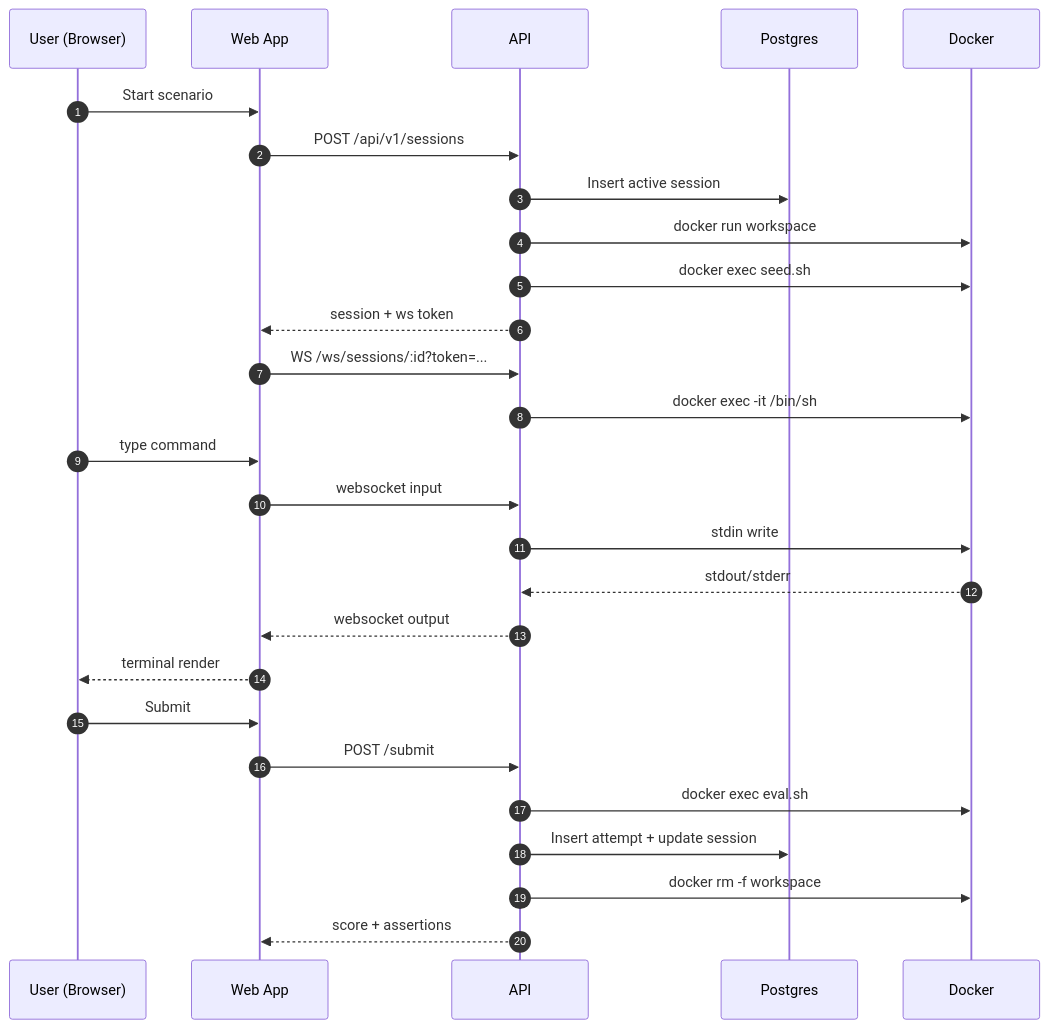
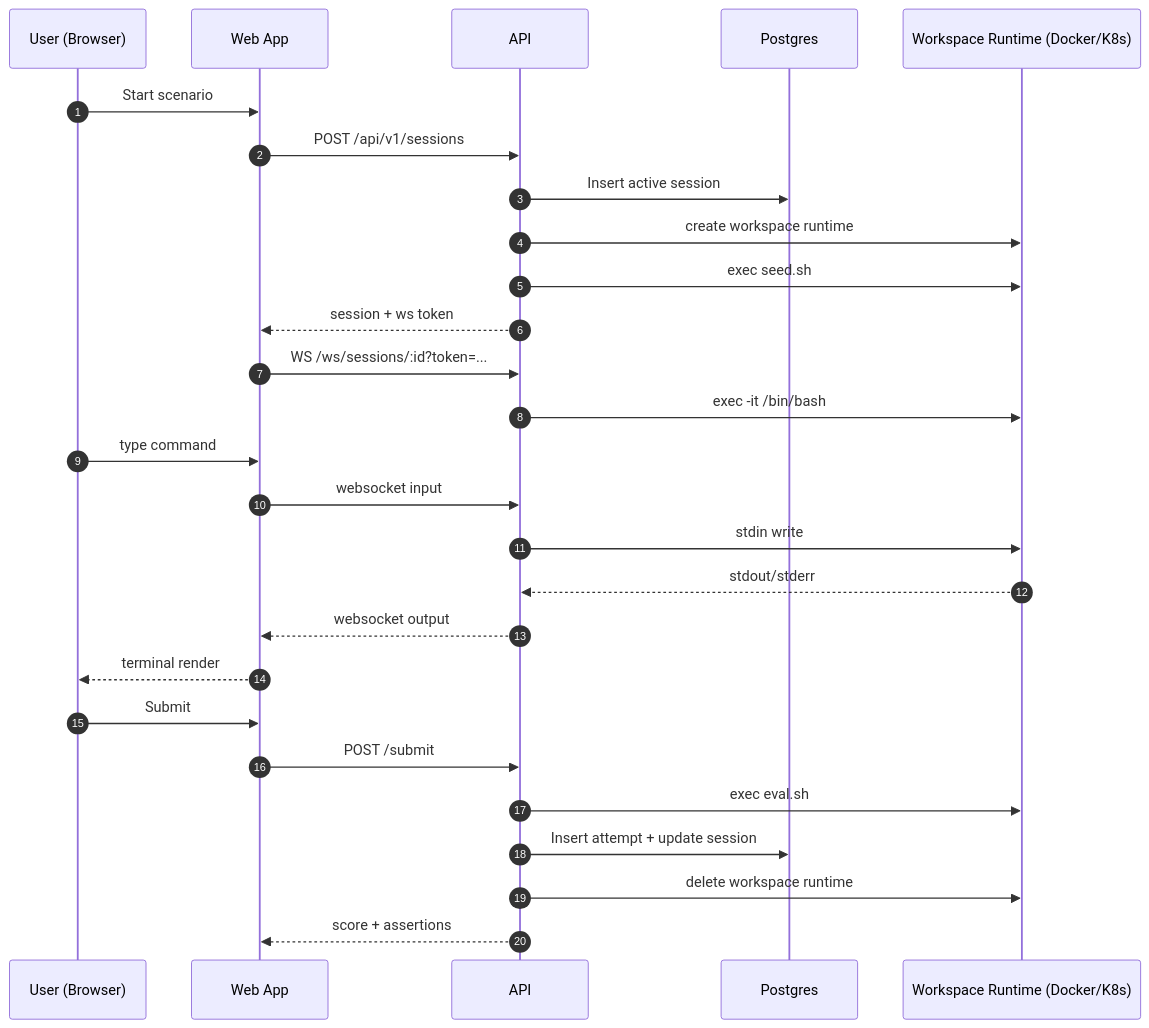
One commit to priyansh32/git-arena changed the diagram in dev-docs/03-architecture-and-flow.md. Above: the diagram before and after it, drawn with Mermaid. The commit also changed other lines of this file and 17 other files, not shown here.

````diff
--- a/dev-docs/03-architecture-and-flow.md
+++ b/dev-docs/03-architecture-and-flow.md
@@ -40,32 +46,32 @@
 ```mermaid
 sequenceDiagram
   autonumber
   participant U as User (Browser)
   participant W as Web App
   participant A as API
   participant DB as Postgres
-  participant D as Docker
+  participant R as Workspace Runtime (Docker/K8s)
 
   U->>W: Start scenario
   W->>A: POST /api/v1/sessions
   A->>DB: Insert active session
-  A->>D: docker run workspace
-  A->>D: docker exec seed.sh
+  A->>R: create workspace runtime
+  A->>R: exec seed.sh
   A-->>W: session + ws token
 
   W->>A: WS /ws/sessions/:id?token=...
-  A->>D: docker exec -it /bin/sh
+  A->>R: exec -it /bin/bash
   U->>W: type command
   W->>A: websocket input
-  A->>D: stdin write
-  D-->>A: stdout/stderr
+  A->>R: stdin write
+  R-->>A: stdout/stderr
   A-->>W: websocket output
   W-->>U: terminal render
 
   U->>W: Submit
   W->>A: POST /submit
-  A->>D: docker exec eval.sh
+  A->>R: exec eval.sh
   A->>DB: Insert attempt + update session
-  A->>D: docker rm -f workspace
+  A->>R: delete workspace runtime
   A-->>W: score + assertions
 ```
````
